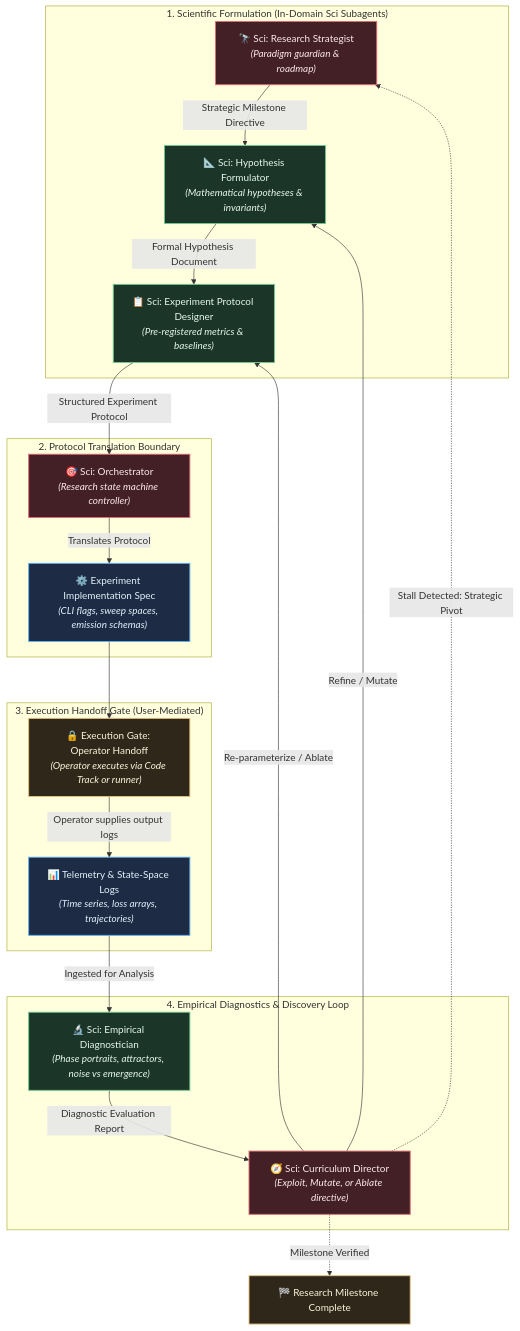
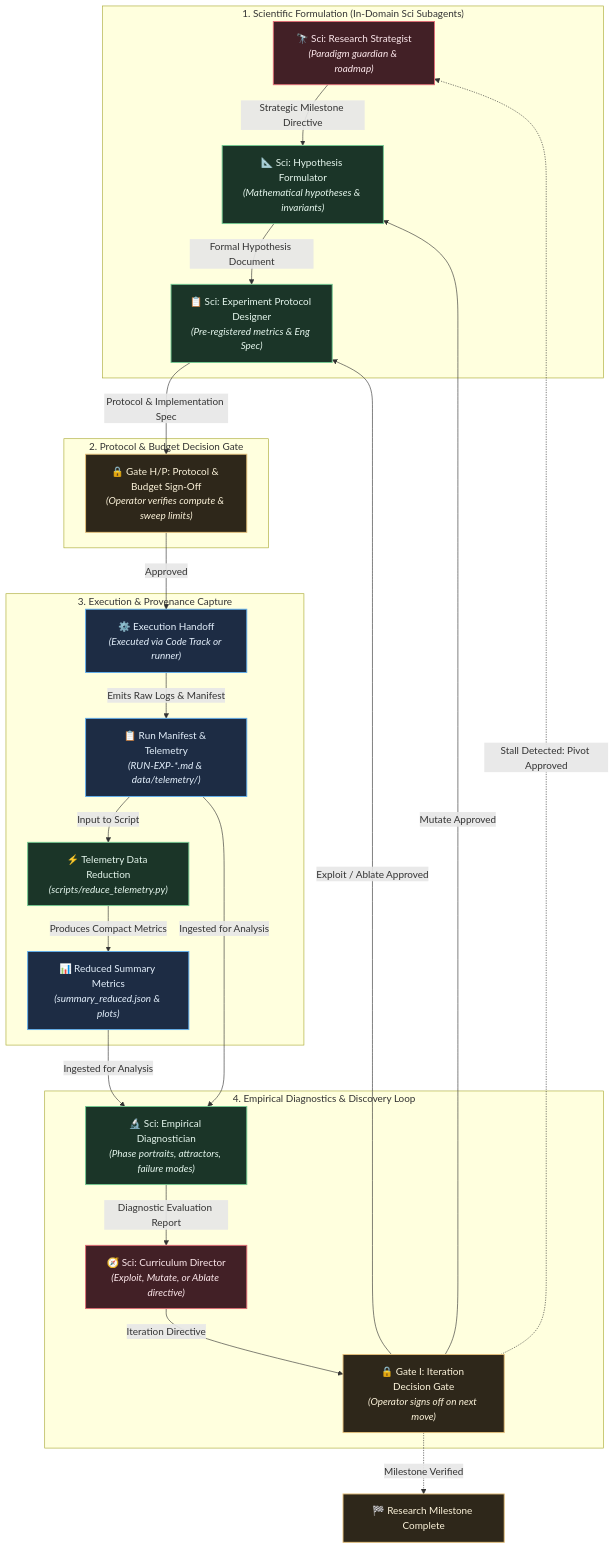
One commit to Shapedsundew9/rust-python-template changed the fourth of 4 diagrams in README.md. Above: the diagram before and after it, drawn with Mermaid. The commit also changed other lines of this file and 54 other files, not shown here.

````diff
--- a/README.md
+++ b/README.md
@@ -358,72 +381,74 @@
 ```mermaid
 %%{init: {
   'theme': 'base',
   'themeVariables': {
     'darkMode': true,
     'background': '#161922',
     'mainBkg': '#1e2230',
     'nodeBorder': '#434c5e',
     'textColor': '#e2e8f0',
     'fontFamily': 'ui-sans-serif, system-ui, -apple-system, BlinkMacSystemFont, "Segoe UI", Roboto, sans-serif',
     'fontSize': '14px',
     'lineColor': '#8892b0',
     'primaryColor': '#422026',
     'primaryTextColor': '#fde8ec',
     'primaryBorderColor': '#e06c75',
     'secondaryColor': '#1b3528',
     'secondaryTextColor': '#e6f7ee',
     'secondaryBorderColor': '#73c991',
     'tertiaryColor': '#1d2c44',
     'tertiaryTextColor': '#e4f0fc',
     'tertiaryBorderColor': '#61afef',
     'clusterBkg': '#13161f',
     'clusterBorder': '#373e51',
     'noteBkgColor': '#2e271a',
     'noteTextColor': '#fdf4db',
     'noteBorderColor': '#e5c07b',
     'edgeLabelBackground': '#1a1d27'
   }
 }}%%
 flowchart TD
     classDef primary fill:#422026,stroke:#e06c75,stroke-width:1.5px,color:#fde8ec;
     classDef secondary fill:#1b3528,stroke:#73c991,stroke-width:1.5px,color:#e6f7ee;
     classDef tertiary fill:#1d2c44,stroke:#61afef,stroke-width:1.5px,color:#e4f0fc;
     classDef note fill:#2e271a,stroke:#e5c07b,stroke-width:1.5px,color:#fdf4db;
 
     subgraph FORMULATION["1. Scientific Formulation (In-Domain Sci Subagents)"]
         STRAT["🔭 Sci: Research Strategist<br/><i>(Paradigm guardian & roadmap)</i>"]:::primary
         HYP["📐 Sci: Hypothesis Formulator<br/><i>(Mathematical hypotheses & invariants)</i>"]:::secondary
-        PROTO["📋 Sci: Experiment Protocol Designer<br/><i>(Pre-registered metrics & baselines)</i>"]:::secondary
+        PROTO["📋 Sci: Experiment Protocol Designer<br/><i>(Pre-registered metrics & Eng Spec)</i>"]:::secondary
     end
 
-    subgraph TRANSLATION["2. Protocol Translation Boundary"]
-        SCI_ORCH["🎯 Sci: Orchestrator<br/><i>(Research state machine controller)</i>"]:::primary
-        ENG_SPEC["⚙️ Experiment Implementation Spec<br/><i>(CLI flags, sweep spaces, emission schemas)</i>"]:::tertiary
+    subgraph PROTOCOL_GATE["2. Protocol & Budget Decision Gate"]
+        GATE_HP["🔒 Gate H/P: Protocol & Budget Sign-Off<br/><i>(Operator verifies compute & sweep limits)</i>"]:::note
     end
 
-    subgraph HANDOFF_GATE["3. Execution Handoff Gate (User-Mediated)"]
-        GATE_EXEC["🔒 Execution Gate: Operator Handoff<br/><i>(Operator executes via Code Track or runner)</i>"]:::note
-        LOGS["📊 Telemetry & State-Space Logs<br/><i>(Time series, loss arrays, trajectories)</i>"]:::tertiary
+    subgraph EXECUTION["3. Execution & Provenance Capture"]
+        GATE_EXEC["⚙️ Execution Handoff<br/><i>(Executed via Code Track or runner)</i>"]:::tertiary
+        RUN_MANIFEST["📋 Run Manifest & Telemetry<br/><i>(RUN-EXP-*.md & data/telemetry/)</i>"]:::tertiary
+        REDUCE["⚡ Telemetry Data Reduction<br/><i>(scripts/reduce_telemetry.py)</i>"]:::secondary
+        SUMMARY["📊 Reduced Summary Metrics<br/><i>(summary_reduced.json & plots)</i>"]:::tertiary
     end
 
     subgraph EVALUATION["4. Empirical Diagnostics & Discovery Loop"]
-        DIAG["🔬 Sci: Empirical Diagnostician<br/><i>(Phase portraits, attractors, noise vs emergence)</i>"]:::secondary
+        DIAG["🔬 Sci: Empirical Diagnostician<br/><i>(Phase portraits, attractors, failure modes)</i>"]:::secondary
         CURR["🧭 Sci: Curriculum Director<br/><i>(Exploit, Mutate, or Ablate directive)</i>"]:::primary
+        GATE_I["🔒 Gate I: Iteration Decision Gate<br/><i>(Operator signs off on next move)</i>"]:::note
     end
 
     STRAT -->|"Strategic Milestone Directive"| HYP
     HYP -->|"Formal Hypothesis Document"| PROTO
-    PROTO -->|"Structured Experiment Protocol"| SCI_ORCH
-    SCI_ORCH -->|"Translates Protocol"| ENG_SPEC
+    PROTO -->|"Protocol & Implementation Spec"| GATE_HP
+    GATE_HP -->|"Approved"| GATE_EXEC
+    GATE_EXEC -->|"Emits Raw Logs & Manifest"| RUN_MANIFEST
+    RUN_MANIFEST -->|"Input to Script"| REDUCE
+    REDUCE -->|"Produces Compact Metrics"| SUMMARY
+    SUMMARY & RUN_MANIFEST -->|"Ingested for Analysis"| DIAG
+    DIAG -->|"Diagnostic Evaluation Report"| CURR
+    CURR -->|"Iteration Directive"| GATE_I
 
-    ENG_SPEC --> GATE_EXEC
-    GATE_EXEC -->|"Operator supplies output logs"| LOGS
-    LOGS -->|"Ingested for Analysis"| DIAG
-
-    DIAG -->|"Diagnostic Evaluation Report"| CURR
-
-    CURR -->|"Refine / Mutate"| HYP
-    CURR -->|"Re-parameterize / Ablate"| PROTO
-    CURR -.->|"Stall Detected: Strategic Pivot"| STRAT
-    CURR -.->|"Milestone Verified"| MILESTONE_DONE["🏁 Research Milestone Complete"]:::note
+    GATE_I -->|"Mutate Approved"| HYP
+    GATE_I -->|"Exploit / Ablate Approved"| PROTO
+    GATE_I -.->|"Stall Detected: Pivot Approved"| STRAT
+    GATE_I -.->|"Milestone Verified"| MILESTONE_DONE["🏁 Research Milestone Complete"]:::note
 ```
````
